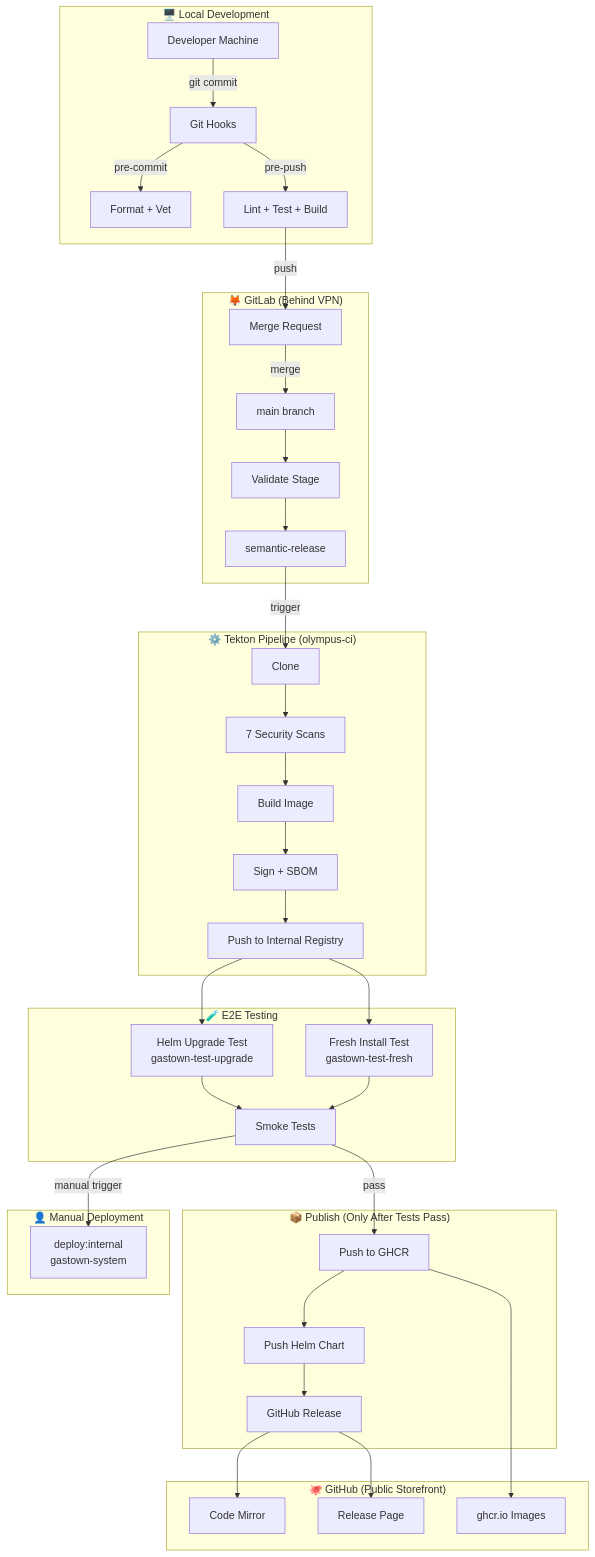
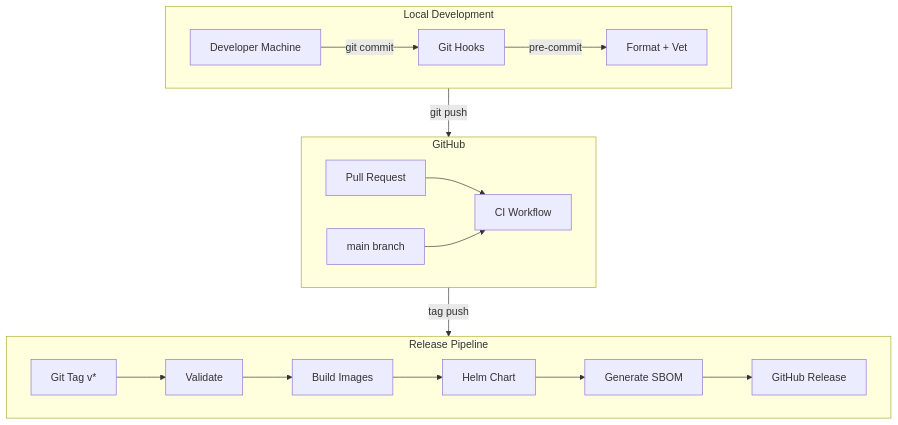
Before and after one commit to boshu2/gastown-operator: the diagram in docs/DEPLOYMENT-GUIDE.md, drawn with Mermaid. The commit also changed other lines of this file and 30 other files, not shown here.

First line of the commit message:
chore: remove internal GitLab/Tekton infrastructure from public repo

````diff
--- a/docs/DEPLOYMENT-GUIDE.md
+++ b/docs/DEPLOYMENT-GUIDE.md
@@ -7,73 +7,30 @@
 ```mermaid
 flowchart TB
-    subgraph LOCAL["🖥️ Local Development"]
+    subgraph LOCAL["Local Development"]
         DEV[Developer Machine]
         HOOKS[Git Hooks]
         DEV -->|git commit| HOOKS
         HOOKS -->|pre-commit| PC[Format + Vet]
-        HOOKS -->|pre-push| PP[Lint + Test + Build]
     end
 
-    subgraph GITLAB["🦊 GitLab (Behind VPN)"]
-        MR[Merge Request]
+    subgraph GH["GitHub"]
+        PR[Pull Request]
         MAIN[main branch]
-        VALIDATE[Validate Stage]
-        VERSION[semantic-release]
-
-        PP -->|push| MR
-        MR -->|merge| MAIN
-        MAIN --> VALIDATE
-        VALIDATE --> VERSION
+        CI[CI Workflow]
+        PR --> CI
+        MAIN --> CI
     end
 
-    subgraph TEKTON["⚙️ Tekton Pipeline (olympus-ci)"]
-        CLONE[Clone]
-        SCAN[7 Security Scans]
-        BUILD[Build Image]
-        SIGN[Sign + SBOM]
-        INTERNAL[Push to Internal Registry]
-
-        VERSION -->|trigger| CLONE
-        CLONE --> SCAN
-        SCAN --> BUILD
-        BUILD --> SIGN
-        SIGN --> INTERNAL
+    subgraph RELEASE["Release Pipeline"]
+        TAG[Git Tag v*]
+        VALIDATE[Validate]
+        BUILD[Build Images]
+        HELM[Helm Chart]
+        SBOM[Generate SBOM]
+        GHR[GitHub Release]
+        TAG --> VALIDATE --> BUILD --> HELM --> SBOM --> GHR
     end
 
-    subgraph TEST["🧪 E2E Testing"]
-        UPGRADE[Helm Upgrade Test<br/>gastown-test-upgrade]
-        FRESH[Fresh Install Test<br/>gastown-test-fresh]
-        E2E[Smoke Tests]
-
-        INTERNAL --> UPGRADE
-        INTERNAL --> FRESH
-        UPGRADE --> E2E
-        FRESH --> E2E
-    end
-
-    subgraph PUBLISH["📦 Publish (Only After Tests Pass)"]
-        GHCR[Push to GHCR]
-        HELM[Push Helm Chart]
-        RELEASE[GitHub Release]
-
-        E2E -->|pass| GHCR
-        GHCR --> HELM
-        HELM --> RELEASE
-    end
-
-    subgraph GITHUB["🐙 GitHub (Public Storefront)"]
-        GH_CODE[Code Mirror]
-        GH_RELEASE[Release Page]
-        GH_GHCR[ghcr.io Images]
-
-        RELEASE --> GH_CODE
-        RELEASE --> GH_RELEASE
-        GHCR --> GH_GHCR
-    end
-
-    subgraph MANUAL["👤 Manual Deployment"]
-        DEPLOY_INT[deploy:internal<br/>gastown-system]
-    end
-
-    E2E -->|manual trigger| DEPLOY_INT
+    LOCAL -->|git push| GH
+    GH -->|tag push| RELEASE
 ```
````
